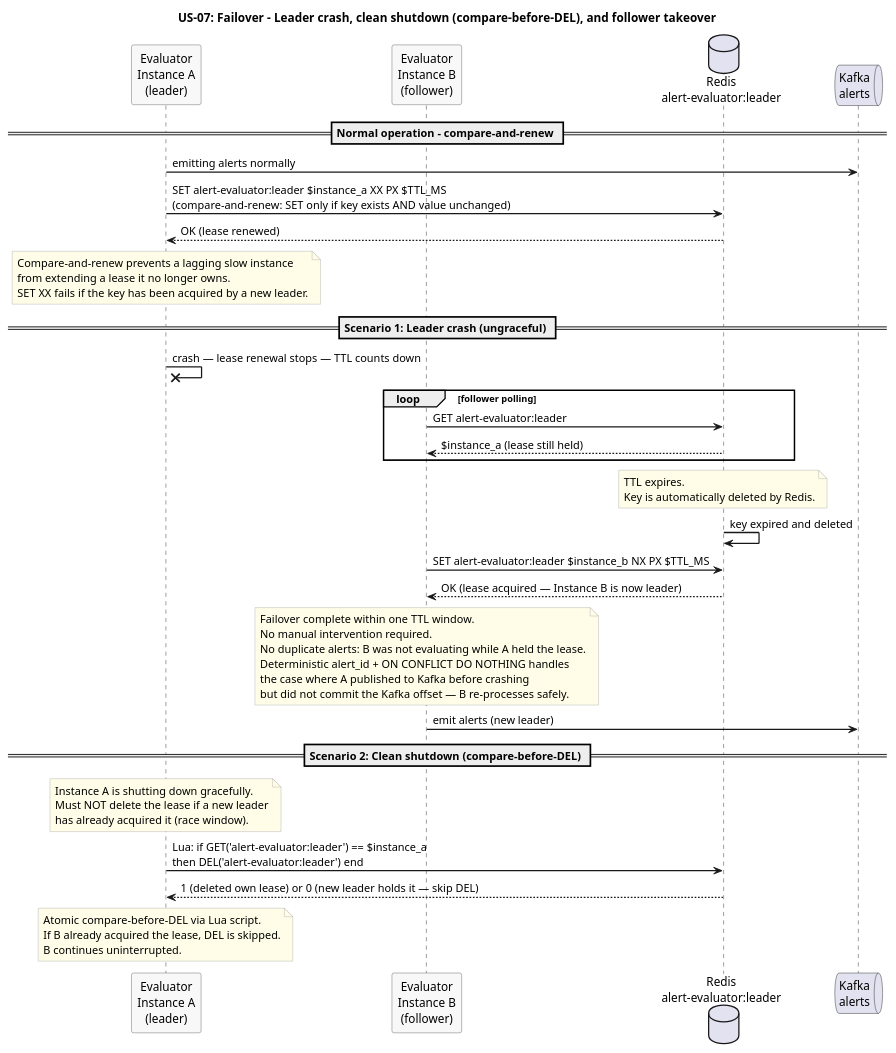
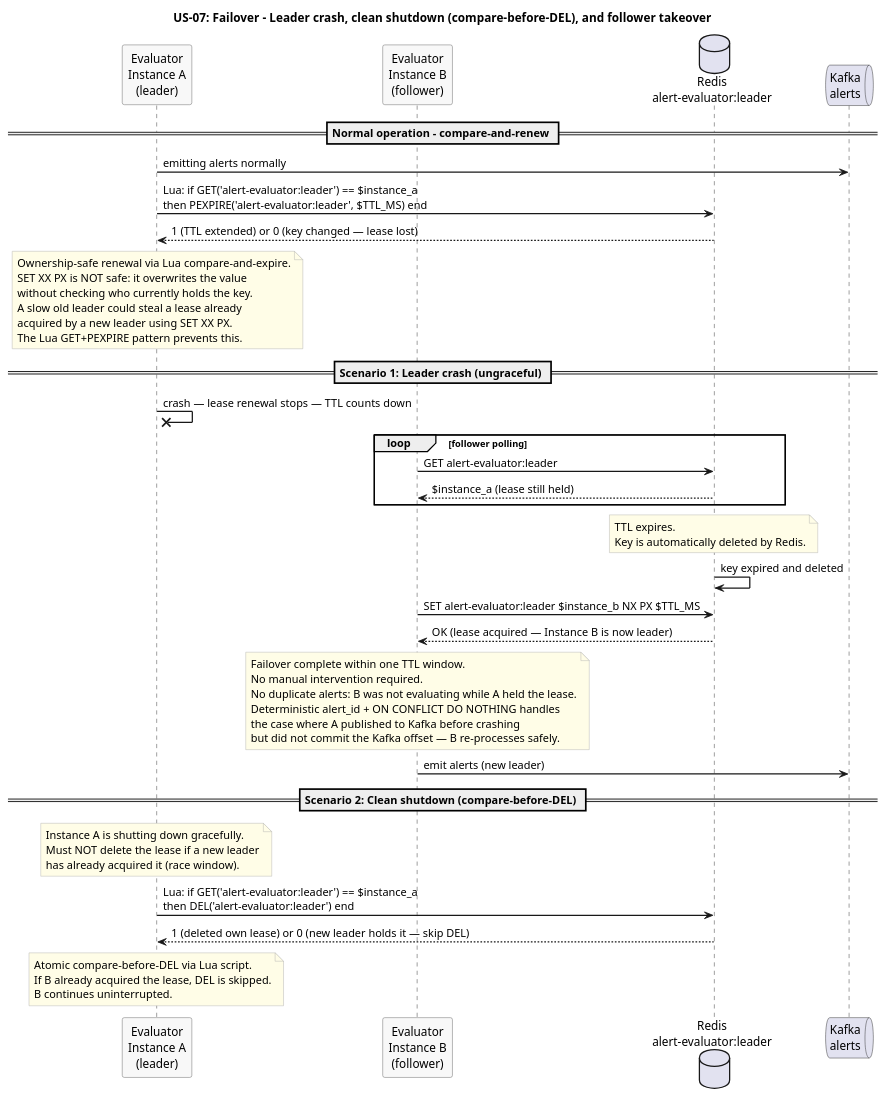
Before and after one commit to Buffden/sentinel: the diagram in docs/use-cases/US-07-duplicate-free-alerts/failover.puml, drawn with PlantUML. The commit also changed 9 other files, not shown here.

First line of the commit message:
use-cases: update all diagrams and docs for 14-issue correctness sweep

```diff
--- a/docs/use-cases/US-07-duplicate-free-alerts/failover.puml
+++ b/docs/use-cases/US-07-duplicate-free-alerts/failover.puml
@@ -1,74 +1,77 @@
 @startuml failover
 title US-07: Failover - Leader crash, clean shutdown (compare-before-DEL), and follower takeover
 
 skinparam sequenceArrowThickness 1.5
 skinparam participantBorderColor #555555
 skinparam participantBackgroundColor #F8F8F8
 skinparam noteBorderColor #AAAAAA
 skinparam noteBackgroundColor #FFFDE7
 
 participant "Evaluator\nInstance A\n(leader)" as A
 participant "Evaluator\nInstance B\n(follower)" as B
 database "Redis\nalert-evaluator:leader" as Redis
 queue "Kafka\nalerts" as Kafka
 
 == Normal operation - compare-and-renew ==
 
 A -> Kafka : emitting alerts normally
-A -> Redis : SET alert-evaluator:leader $instance_a XX PX $TTL_MS\n(compare-and-renew: SET only if key exists AND value unchanged)
-Redis --> A : OK (lease renewed)
+A -> Redis : Lua: if GET('alert-evaluator:leader') == $instance_a\nthen PEXPIRE('alert-evaluator:leader', $TTL_MS) end
+Redis --> A : 1 (TTL extended) or 0 (key changed — lease lost)
 
 note over A
-  Compare-and-renew prevents a lagging slow instance
-  from extending a lease it no longer owns.
-  SET XX fails if the key has been acquired by a new leader.
+  Ownership-safe renewal via Lua compare-and-expire.
+  SET XX PX is NOT safe: it overwrites the value
+  without checking who currently holds the key.
+  A slow old leader could steal a lease already
+  acquired by a new leader using SET XX PX.
+  The Lua GET+PEXPIRE pattern prevents this.
 end note
 
 == Scenario 1: Leader crash (ungraceful) ==
 
 A ->x A : crash — lease renewal stops — TTL counts down
 
 loop follower polling
   B -> Redis : GET alert-evaluator:leader
   Redis --> B : $instance_a (lease still held)
 end
 
 note over Redis
   TTL expires.
   Key is automatically deleted by Redis.
 end note
 
 Redis -> Redis : key expired and deleted
 
 B -> Redis : SET alert-evaluator:leader $instance_b NX PX $TTL_MS
 Redis --> B : OK (lease acquired — Instance B is now leader)
 
 note over B
   Failover complete within one TTL window.
   No manual intervention required.
   No duplicate alerts: B was not evaluating while A held the lease.
   Deterministic alert_id + ON CONFLICT DO NOTHING handles
   the case where A published to Kafka before crashing
   but did not commit the Kafka offset — B re-processes safely.
 end note
 
 B -> Kafka : emit alerts (new leader)
 
 == Scenario 2: Clean shutdown (compare-before-DEL) ==
 
 note over A
   Instance A is shutting down gracefully.
   Must NOT delete the lease if a new leader
   has already acquired it (race window).
 end note
 
 A -> Redis : Lua: if GET('alert-evaluator:leader') == $instance_a\nthen DEL('alert-evaluator:leader') end
 Redis --> A : 1 (deleted own lease) or 0 (new leader holds it — skip DEL)
 
 note over A
   Atomic compare-before-DEL via Lua script.
   If B already acquired the lease, DEL is skipped.
   B continues uninterrupted.
 end note
 
 @enduml
```
